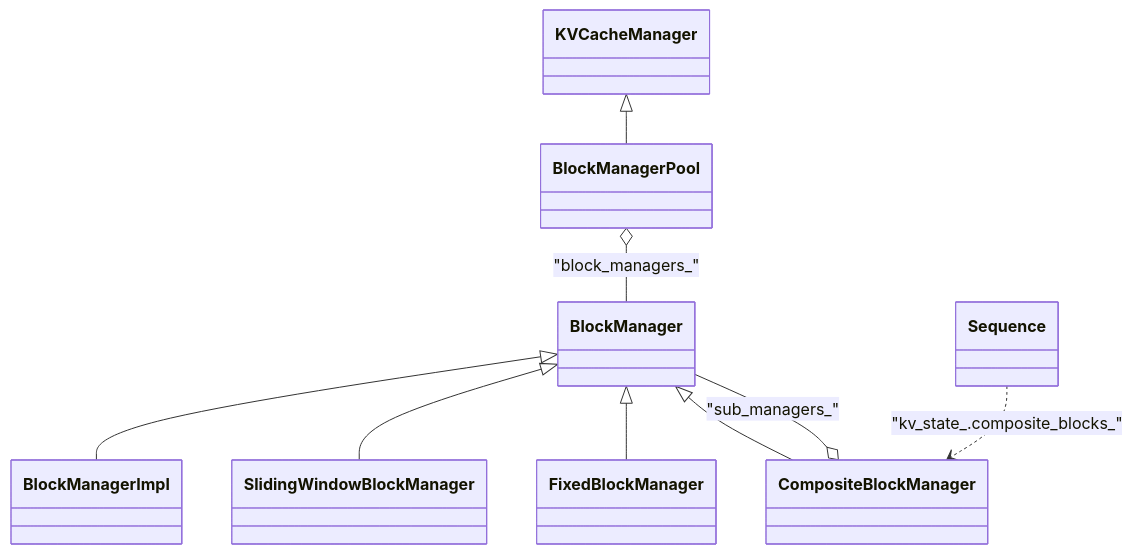
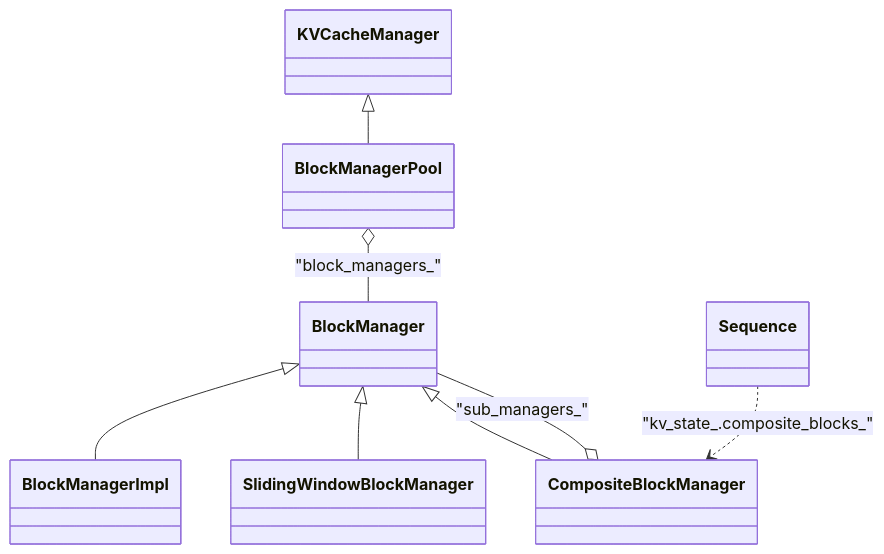
Before and after one commit to Kang-Meng/xllm: the diagram in xllm/core/framework/block/COMPOSITE_BLOCK_MANAGER_DESIGN.md, drawn with Mermaid. The commit also changed other lines of this file and 16 other files, not shown here.

Commit message:
feat: add composite block manager.

````diff
--- a/xllm/core/framework/block/COMPOSITE_BLOCK_MANAGER_DESIGN.md
+++ b/xllm/core/framework/block/COMPOSITE_BLOCK_MANAGER_DESIGN.md
@@ -17,12 +16,11 @@
 ```mermaid
 classDiagram
   direction TB
   KVCacheManager <|-- BlockManagerPool
   BlockManagerPool o-- BlockManager : "block_managers_"
   BlockManager <|-- BlockManagerImpl
   BlockManager <|-- SlidingWindowBlockManager
-  BlockManager <|-- FixedBlockManager
   BlockManager <|-- CompositeBlockManager
   CompositeBlockManager o-- BlockManager : "sub_managers_"
   Sequence ..> CompositeBlockManager : "kv_state_.composite_blocks_"
 ```
````
